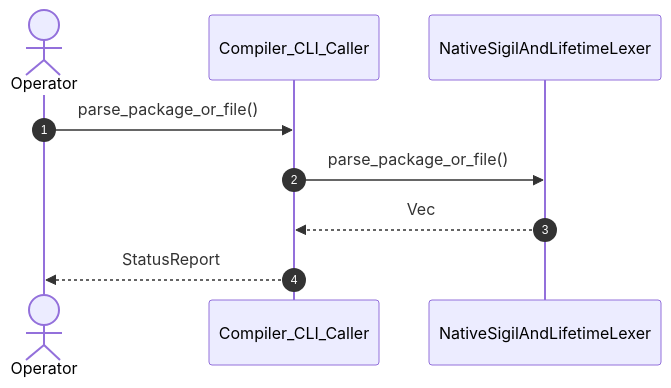
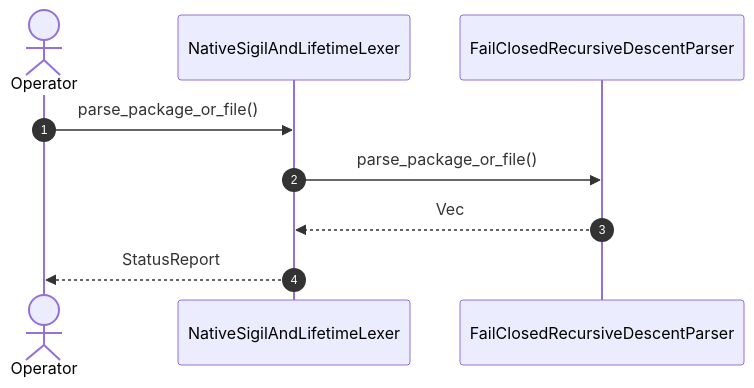
The diagram in .pipeline/upstream/docs/user-stories/US-18-parse_package_or_file.md (gintatkinson/DEAP01-spec-core), drawn with Mermaid before and after one commit. The commit also changed other lines of this file and 179 other files, not shown here.

Commit message:
fix(compiler): remediate upstream specification forward projection, diagram synthesis, and GitHub blob URL resolution

````diff
--- a/.pipeline/upstream/docs/user-stories/US-18-parse_package_or_file.md
+++ b/.pipeline/upstream/docs/user-stories/US-18-parse_package_or_file.md
@@ -16,11 +16,11 @@
 ```mermaid
 sequenceDiagram
     autonumber
     actor Operator
-    participant Compiler_CLI_Caller
     participant NativeSigilAndLifetimeLexer
-    Operator->>Compiler_CLI_Caller: parse_package_or_file()
-    Compiler_CLI_Caller->>NativeSigilAndLifetimeLexer: parse_package_or_file()
-    NativeSigilAndLifetimeLexer-->>Compiler_CLI_Caller: Vec
-    Compiler_CLI_Caller-->>Operator: StatusReport
+    participant FailClosedRecursiveDescentParser
+    Operator->>NativeSigilAndLifetimeLexer: parse_package_or_file()
+    NativeSigilAndLifetimeLexer->>FailClosedRecursiveDescentParser: parse_package_or_file()
+    FailClosedRecursiveDescentParser-->>NativeSigilAndLifetimeLexer: Vec
+    NativeSigilAndLifetimeLexer-->>Operator: StatusReport
 ```
````
